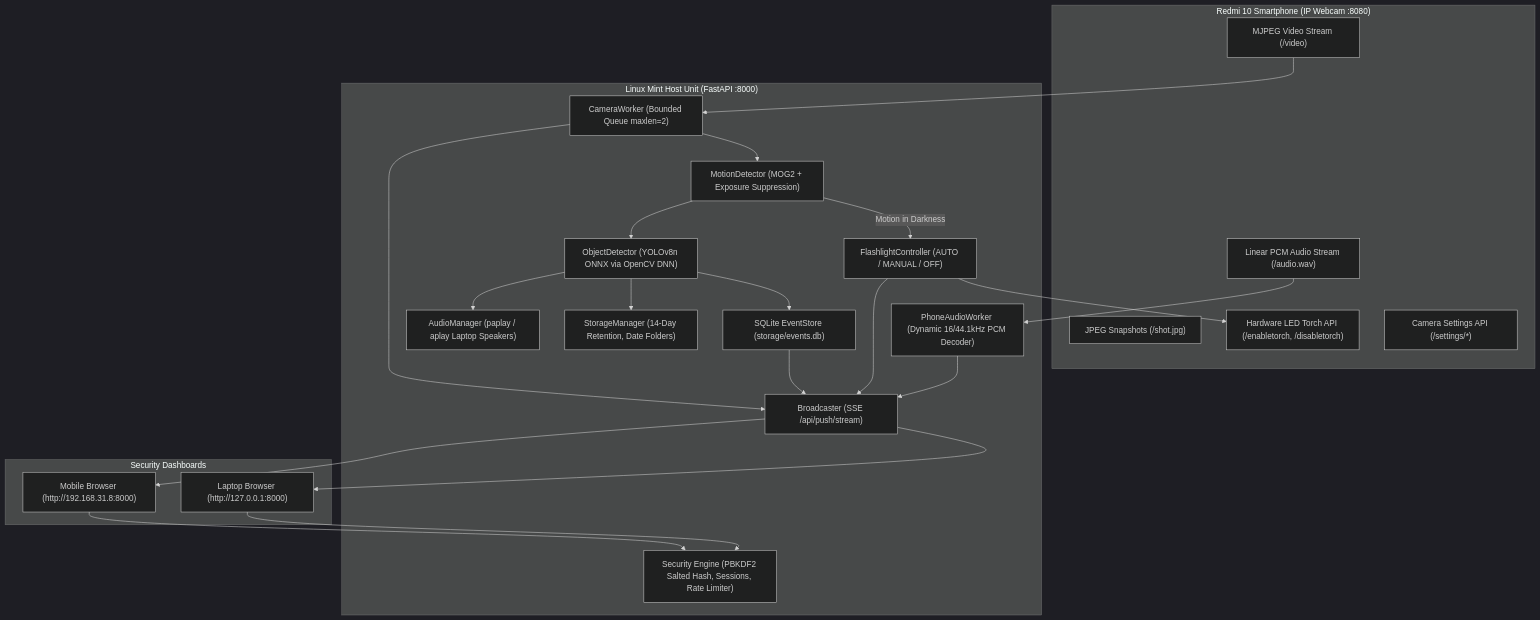
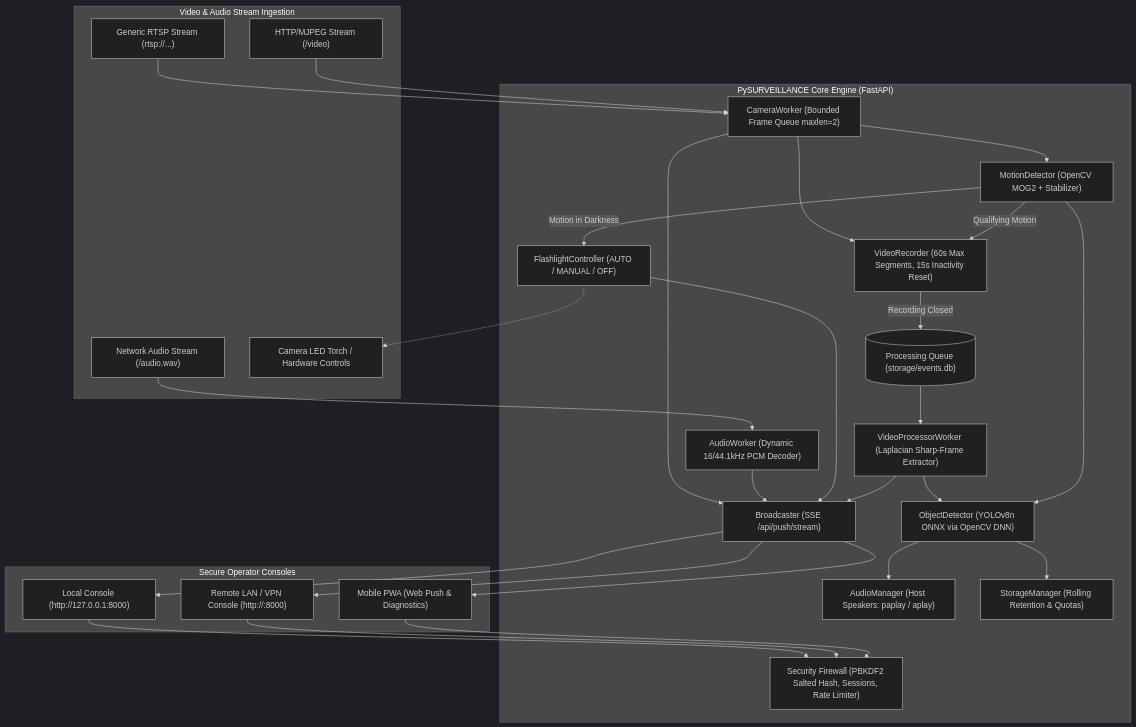
One commit to ss3325713/survelance changed the diagram in README.md. Above: the diagram before and after it, drawn with Mermaid (dark theme). The commit also changed other lines of this file and 23 other files, not shown here.

First line of the commit message:
refactor: repository audit, security cleanup, and hardware independence overhaul

````diff
--- a/README.md
+++ b/README.md
@@ -12,46 +28,61 @@
 ```mermaid
 flowchart TD
-    subgraph Redmi10 ["Redmi 10 Smartphone (IP Webcam :8080)"]
-        CamStream["MJPEG Video Stream (/video)"]
-        CamSnap["JPEG Snapshots (/shot.jpg)"]
-        CamAudio["Linear PCM Audio Stream (/audio.wav)"]
-        CamTorch["Hardware LED Torch API (/enabletorch, /disabletorch)"]
-        CamControls["Camera Settings API (/settings/*)"]
+    subgraph VideoSources ["Video & Audio Stream Ingestion"]
+        RTSPStream["Generic RTSP Stream (rtsp://...)"]
+        MJPEGStream["HTTP/MJPEG Stream (/video)"]
+        AudioStream["Network Audio Stream (/audio.wav)"]
+        CamTorch["Camera LED Torch / Hardware Controls"]
     end
 
-    subgraph Host ["Linux Mint Host Unit (FastAPI :8000)"]
-        CamWorker["CameraWorker (Bounded Queue maxlen=2)"]
-        AudioWorker["PhoneAudioWorker (Dynamic 16/44.1kHz PCM Decoder)"]
-        MotionEngine["MotionDetector (MOG2 + Exposure Suppression)"]
+    subgraph HostPipeline ["PySURVEILLANCE Core Engine (FastAPI)"]
+        CamWorker["CameraWorker (Bounded Frame Queue maxlen=2)"]
+        AudioWorker["AudioWorker (Dynamic 16/44.1kHz PCM Decoder)"]
+        MotionEngine["MotionDetector (OpenCV MOG2 + Stabilizer)"]
+        VideoRecorder["VideoRecorder (60s Max Segments, 15s Inactivity Reset)"]
+        VideoQueue[("Processing Queue (storage/events.db)")]
+        VideoWorker["VideoProcessorWorker (Laplacian Sharp-Frame Extractor)"]
         AIEngine["ObjectDetector (YOLOv8n ONNX via OpenCV DNN)"]
         FlashCtrl["FlashlightController (AUTO / MANUAL / OFF)"]
-        AlarmEngine["AudioManager (paplay / aplay Laptop Speakers)"]
-        SecurityEngine["Security Engine (PBKDF2 Salted Hash, Sessions, Rate Limiter)"]
-        EventDB["SQLite EventStore (storage/events.db)"]
-        StorageEngine["StorageManager (14-Day Retention, Date Folders)"]
+        AlarmEngine["AudioManager (Host Speakers: paplay / aplay)"]
+        StorageEngine["StorageManager (Rolling Retention & Quotas)"]
+        SecurityEngine["Security Firewall (PBKDF2 Salted Hash, Sessions, Rate Limiter)"]
         SSEBroadcaster["Broadcaster (SSE /api/push/stream)"]
     end
 
-    subgraph Dashboards ["Security Dashboards"]
-        LaptopUI["Laptop Browser (http://127.0.0.1:8000)"]
-        PhoneUI["Mobile Browser (http://192.168.31.8:8000)"]
+    subgraph UserClients ["Secure Operator Consoles"]
+        LocalBrowser["Local Console (http://127.0.0.1:8000)"]
+        RemoteBrowser["Remote LAN / VPN Console (http://<HOST_IP>:8000)"]
+        MobilePWA["Mobile PWA (Web Push & Diagnostics)"]
     end
 
-    CamStream --> CamWorker
-    CamAudio --> AudioWorker
+    RTSPStream --> CamWorker
+    MJPEGStream --> CamWorker
+    AudioStream --> AudioWorker
+
     CamWorker --> MotionEngine
+    CamWorker --> VideoRecorder
+    MotionEngine -- "Qualifying Motion" --> VideoRecorder
     MotionEngine -- "Motion in Darkness" --> FlashCtrl
-    FlashCtrl --> CamTorch
+    FlashCtrl -.-> CamTorch
+
+    VideoRecorder -- "Recording Closed" --> VideoQueue
+    VideoQueue --> VideoWorker
+    VideoWorker --> AIEngine
+
     MotionEngine --> AIEngine
-    AIEngine --> EventDB
     AIEngine --> StorageEngine
     AIEngine --> AlarmEngine
+
+    CamWorker --> SSEBroadcaster
     AudioWorker --> SSEBroadcaster
     FlashCtrl --> SSEBroadcaster
-    CamWorker --> SSEBroadcaster
-    EventDB --> SSEBroadcaster
-    SSEBroadcaster --> LaptopUI
-    SSEBroadcaster --> PhoneUI
-    LaptopUI --> SecurityEngine
-    PhoneUI --> SecurityEngine
+    VideoWorker --> SSEBroadcaster
+
+    SSEBroadcaster --> LocalBrowser
+    SSEBroadcaster --> RemoteBrowser
+    SSEBroadcaster --> MobilePWA
+
+    LocalBrowser --> SecurityEngine
+    RemoteBrowser --> SecurityEngine
+    MobilePWA --> SecurityEngine
 ```
````
